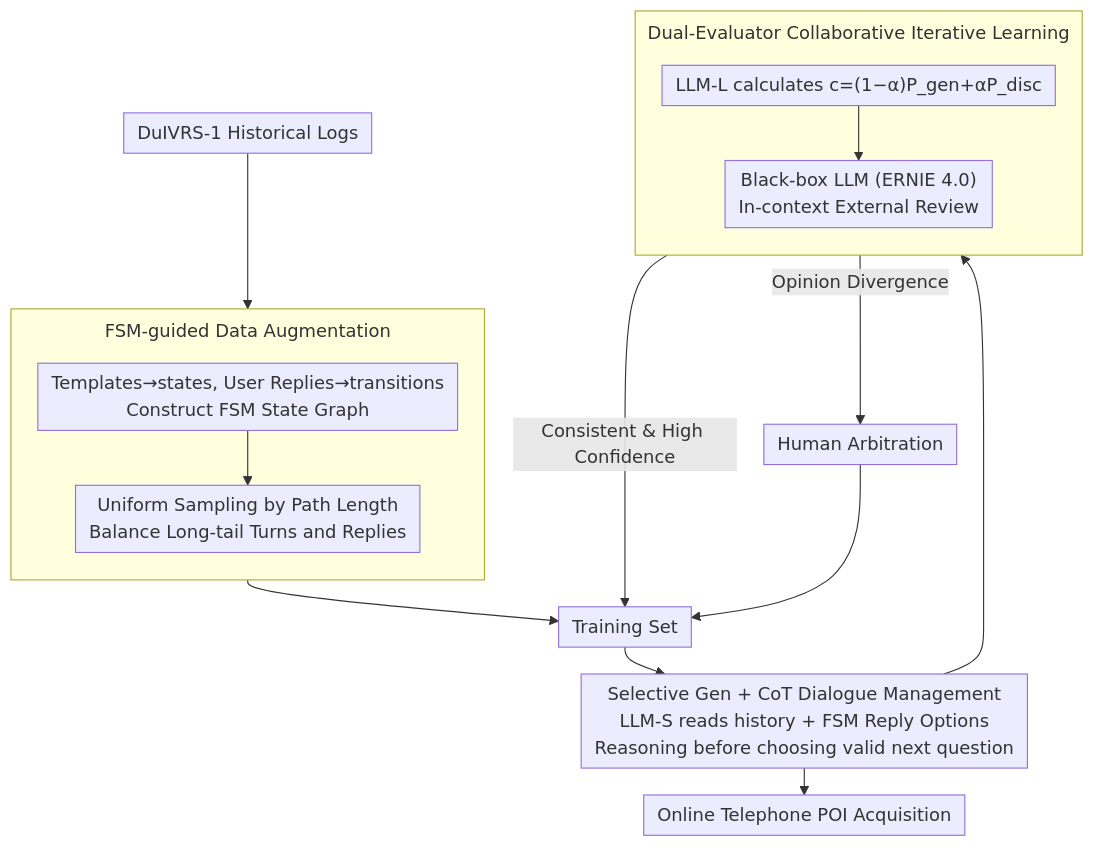
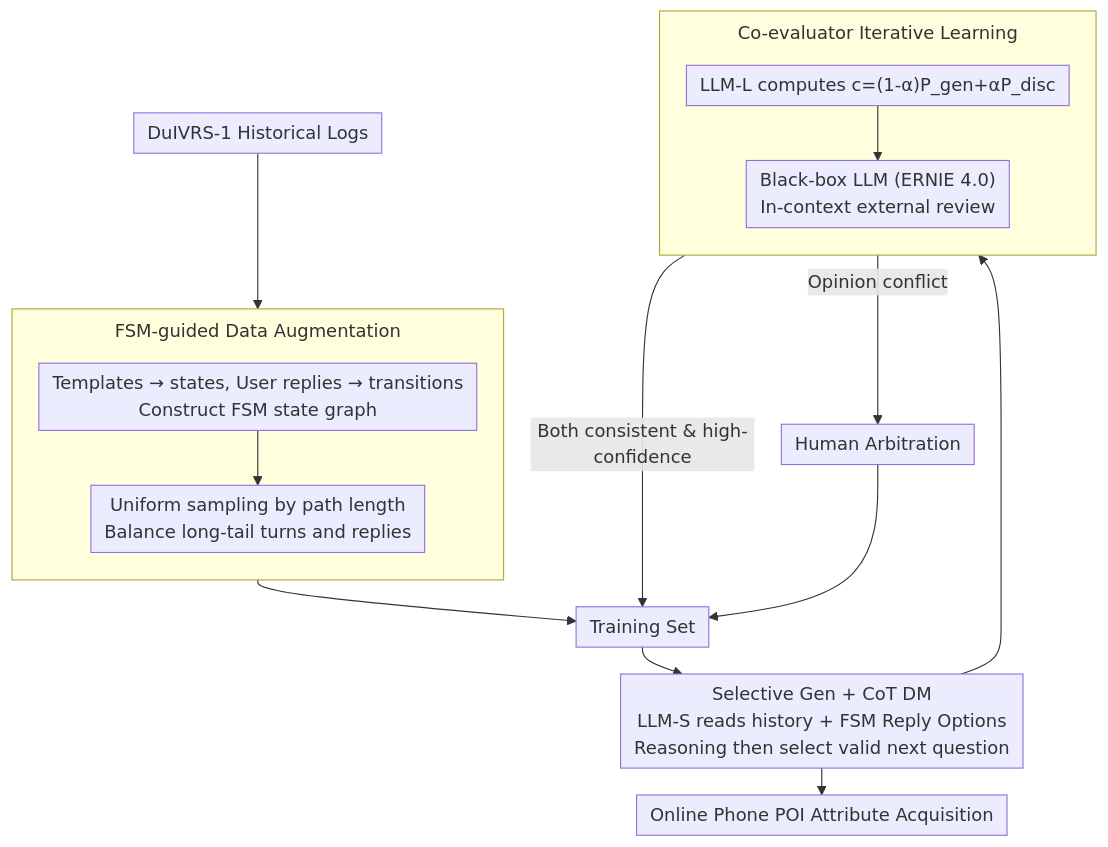
One commit to zhaoyang97/Paper-Notes-en changed the diagram in docs/ACL2026/audio_speech/duivrs-2_an_llm-based_interactive_voice_response_system_for_large-scale_poi_attr.md. Above: the diagram before and after it, drawn with Mermaid. The commit also changed other lines of this file and 5084 other files, not shown here.

````diff
--- a/docs/ACL2026/audio_speech/duivrs-2_an_llm-based_interactive_voice_response_system_for_large-scale_poi_attr.md
+++ b/docs/ACL2026/audio_speech/duivrs-2_an_llm-based_interactive_voice_response_system_for_large-scale_poi_attr.md
@@ -42,21 +42,21 @@
 ```mermaid
 %%{init: {'flowchart': {'rankSpacing': 24, 'nodeSpacing': 28, 'padding': 6, 'wrappingWidth': 400, 'subGraphTitleMargin': {'top': 8, 'bottom': 16}}}}%%
 flowchart TD
     L["DuIVRS-1 Historical Logs"]
     subgraph DA["FSM-guided Data Augmentation"]
         direction TB
-        F["Templates→states, User Replies→transitions<br/>Construct FSM State Graph"] --> S["Uniform Sampling by Path Length<br/>Balance Long-tail Turns and Replies"]
+        F["Templates → states, User replies → transitions<br/>Construct FSM state graph"] --> S["Uniform sampling by path length<br/>Balance long-tail turns and replies"]
     end
     L --> DA
     DA --> T["Training Set"]
-    T --> M["Selective Gen + CoT Dialogue Management<br/>LLM-S reads history + FSM Reply Options<br/>Reasoning before choosing valid next question"]
-    subgraph EV["Dual-Evaluator Collaborative Iterative Learning"]
+    T --> M["Selective Gen + CoT DM<br/>LLM-S reads history + FSM Reply Options<br/>Reasoning then select valid next question"]
+    subgraph EV["Co-evaluator Iterative Learning"]
         direction TB
-        E1["LLM-L calculates c=(1−α)P_gen+αP_disc"] --> E3["Black-box LLM (ERNIE 4.0)<br/>In-context External Review"]
+        E1["LLM-L computes c=(1-α)P_gen+αP_disc"] --> E3["Black-box LLM (ERNIE 4.0)<br/>In-context external review"]
     end
     M --> EV
-    EV -->|Consistent & High Confidence| T
-    EV -->|Opinion Divergence| H["Human Arbitration"]
+    EV -->|Both consistent & high-confidence| T
+    EV -->|Opinion conflict| H["Human Arbitration"]
     H --> T
-    M --> O["Online Telephone POI Acquisition"]
+    M --> O["Online Phone POI Attribute Acquisition"]
 ```
````
